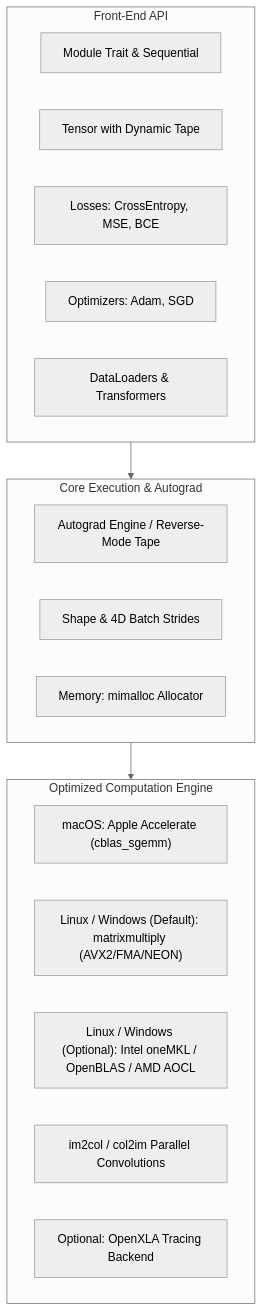
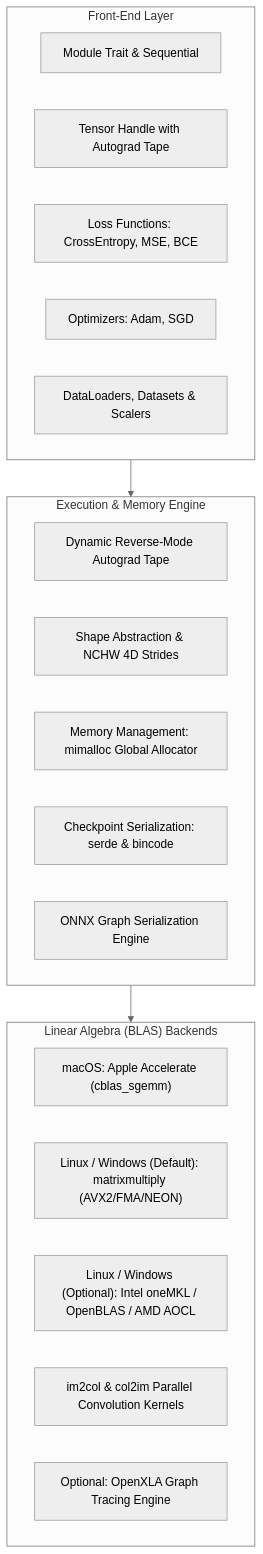
One commit to TETRAWasTaken/NeuralFlow changed the diagram in README.md. Above: the diagram before and after it, drawn with Mermaid (neutral theme). The commit also changed other lines of this file and 7 other files, not shown here.

````diff
--- a/README.md
+++ b/README.md
@@ -290,27 +51,29 @@
 ```mermaid
 graph TD
-    subgraph Frontend ["Front-End API"]
+    subgraph Frontend ["Front-End Layer"]
         M[Module Trait & Sequential]
-        T[Tensor with Dynamic Tape]
-        L[Losses: CrossEntropy, MSE, BCE]
+        T[Tensor Handle with Autograd Tape]
+        L[Loss Functions: CrossEntropy, MSE, BCE]
         O[Optimizers: Adam, SGD]
-        D[DataLoaders & Transformers]
+        D[DataLoaders, Datasets & Scalers]
     end
 
-    subgraph Core ["Core Execution & Autograd"]
-        AG[Autograd Engine / Reverse-Mode Tape]
-        SH[Shape & 4D Batch Strides]
-        MM[Memory: mimalloc Allocator]
+    subgraph Core ["Execution & Memory Engine"]
+        AG[Dynamic Reverse-Mode Autograd Tape]
+        SH[Shape Abstraction & NCHW 4D Strides]
+        MM[Memory Management: mimalloc Global Allocator]
+        CK[Checkpoint Serialization: serde & bincode]
+        ONNX[ONNX Graph Serialization Engine]
     end
 
-    subgraph Backend ["Optimized Computation Engine"]
+    subgraph Backend ["Linear Algebra (BLAS) Backends"]
         ACC["macOS: Apple Accelerate (cblas_sgemm)"]
         MMX["Linux / Windows (Default): matrixmultiply (AVX2/FMA/NEON)"]
-        VBLAS["Linux / Windows (Optional): Intel oneMKL / OpenBLAS / AMD AOCL"]
-        I2C["im2col / col2im Parallel Convolutions"]
-        XLA["Optional: OpenXLA Tracing Backend"]
+        OPT["Linux / Windows (Optional): Intel oneMKL / OpenBLAS / AMD AOCL"]
+        I2C["im2col & col2im Parallel Convolution Kernels"]
+        XLA["Optional: OpenXLA Graph Tracing Engine"]
     end
 
     Frontend --> Core
     Core --> Backend
 ```
````
